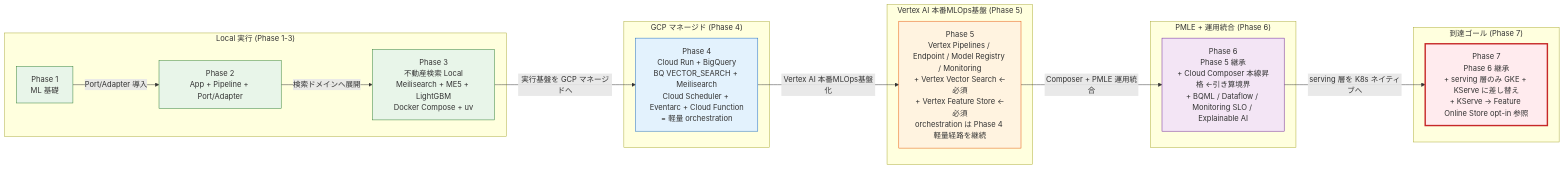
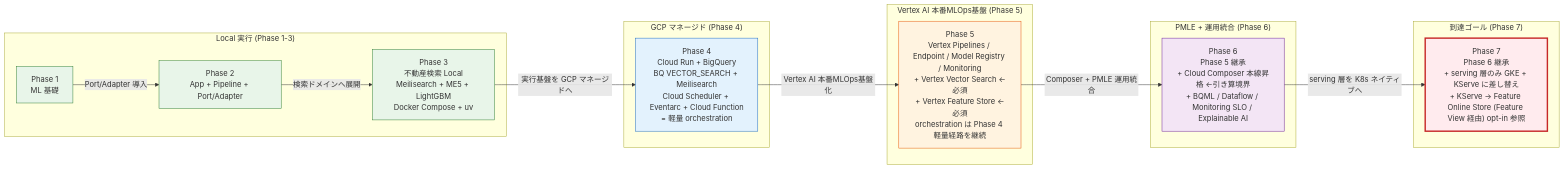
The fifth of 6 diagrams in README.md (kurosawa-kuro/study-gcp-mlops), drawn with Mermaid before and after one commit. The commit also changed other lines of this file and 4 other files, not shown here.

````diff
--- a/README.md
+++ b/README.md
@@ -207,42 +207,42 @@
 ```mermaid
 flowchart LR
     subgraph LOCAL["Local 実行 (Phase 1-3)"]
         P1["Phase 1<br/>ML 基礎"]
         P2["Phase 2<br/>App + Pipeline + Port/Adapter"]
         P3["Phase 3<br/>不動産検索 Local<br/>Meilisearch + ME5 + LightGBM<br/>Docker Compose + uv"]
     end
 
     subgraph GCP_BASE["GCP マネージド (Phase 4)"]
         P4["Phase 4<br/>Cloud Run + BigQuery<br/>BQ VECTOR_SEARCH + Meilisearch<br/>Cloud Scheduler + Eventarc + Cloud Function<br/>= 軽量 orchestration"]
     end
 
     subgraph VERTEX["Vertex AI 本番MLOps基盤 (Phase 5)"]
         P5["Phase 5<br/>Vertex Pipelines / Endpoint / Model Registry / Monitoring<br/>+ Vertex Vector Search ←必須<br/>+ Vertex Feature Store ←必須<br/>orchestration は Phase 4 軽量経路を継続"]
     end
 
     subgraph PMLE["PMLE + 運用統合 (Phase 6)"]
         P6["Phase 6<br/>Phase 5 継承<br/>+ Cloud Composer 本線昇格 ←引き算境界<br/>+ BQML / Dataflow / Monitoring SLO / Explainable AI"]
     end
 
     subgraph GKE["到達ゴール (Phase 7)"]
-        P7["Phase 7<br/>Phase 6 継承<br/>+ serving 層のみ GKE + KServe に差し替え<br/>+ KServe → Feature Online Store opt-in 参照"]
+        P7["Phase 7<br/>Phase 6 継承<br/>+ serving 層のみ GKE + KServe に差し替え<br/>+ KServe → Feature Online Store (Feature View 経由) opt-in 参照"]
     end
 
     P1 -->|Port/Adapter 導入| P2
     P2 -->|検索ドメインへ展開| P3
     P3 -->|実行基盤を GCP マネージドへ| P4
     P4 -->|Vertex AI 本番MLOps基盤化| P5
     P5 -->|Composer + PMLE 運用統合| P6
     P6 -->|serving 層を K8s ネイティブへ| P7
 
     classDef local fill:#e8f5e9,stroke:#2e7d32
     classDef gcp fill:#e3f2fd,stroke:#1565c0
     classDef vertex fill:#fff3e0,stroke:#e65100
     classDef pmle fill:#f3e5f5,stroke:#6a1b9a
     classDef gke fill:#ffebee,stroke:#c62828,stroke-width:3px
     class P1,P2,P3 local
     class P4 gcp
     class P5 vertex
     class P6 pmle
     class P7 gke
 ```
````
